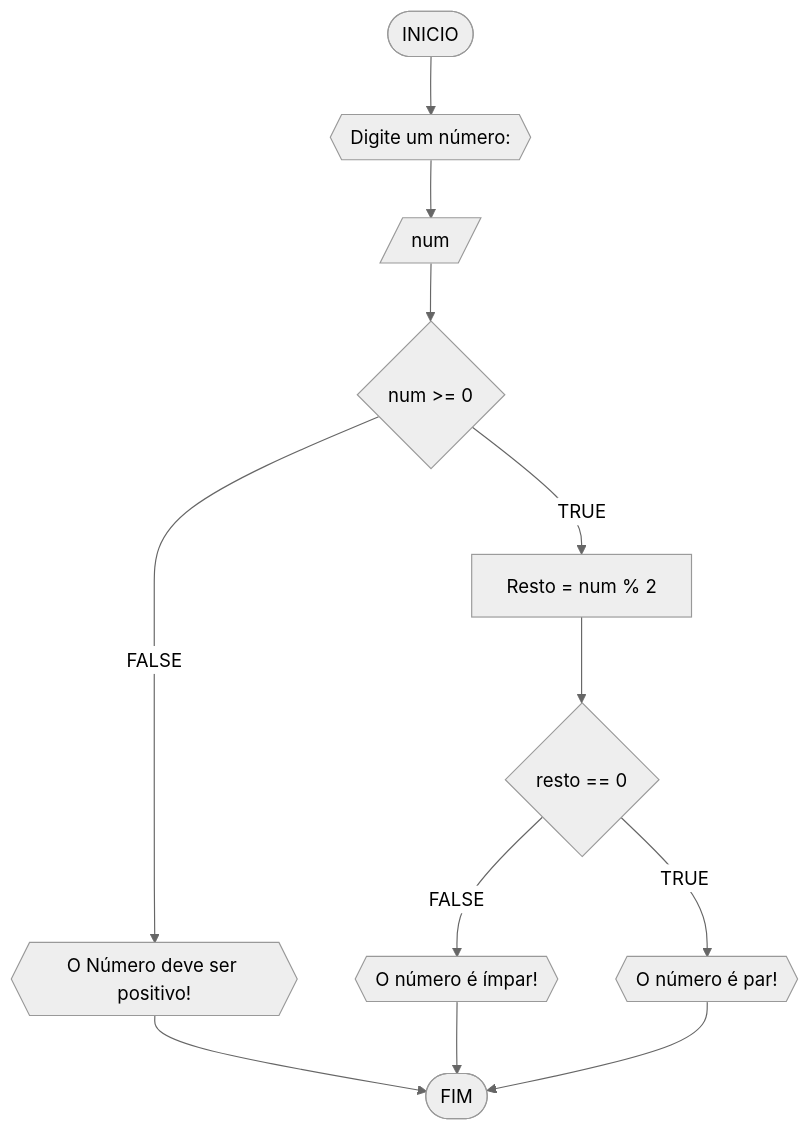
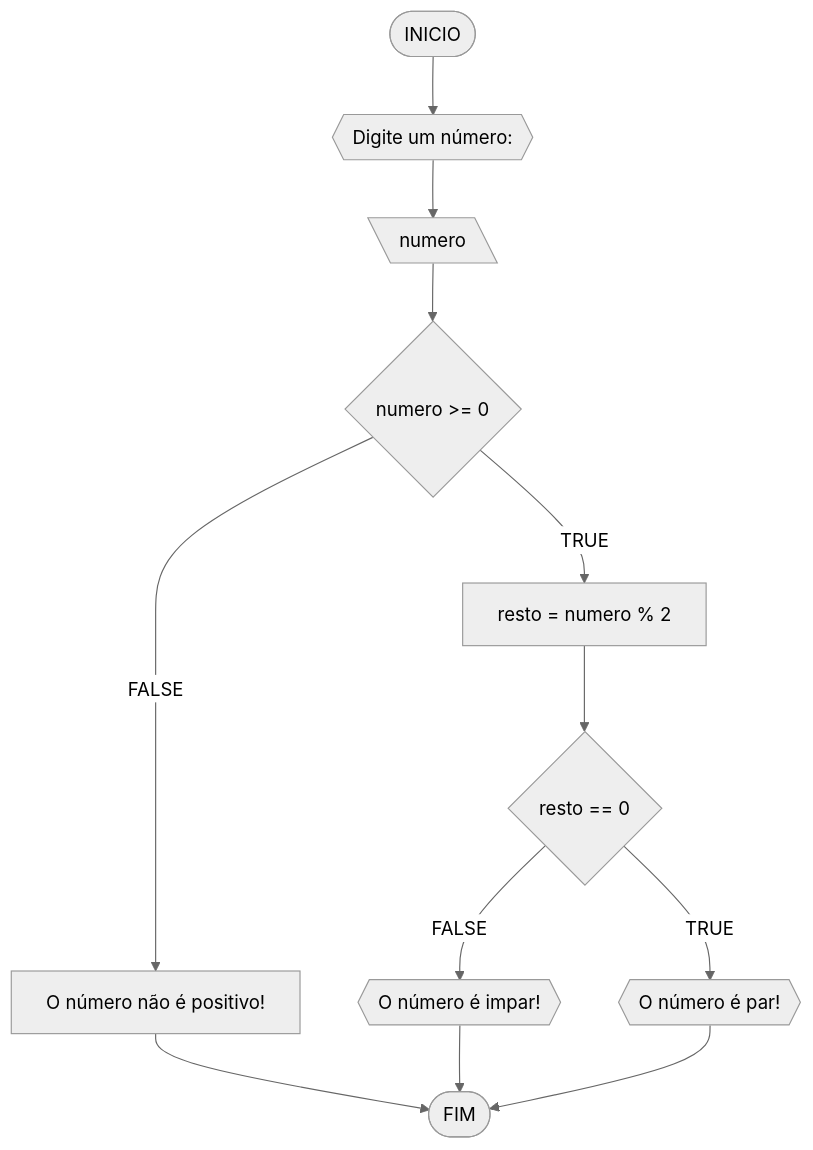
The first of 4 diagrams in RLA/unidade1/lista1.md (DiegoRaiS/unifor), drawn with Mermaid (neutral theme) before and after one commit. The commit also changed other lines of this file, not shown here.

````diff
--- a/RLA/unidade1/lista1.md
+++ b/RLA/unidade1/lista1.md
@@ -12,13 +12,14 @@
 ```mermaid
-flowchart TB
-A([INICIO]) --> B{{Digite um número: }}
-B --> C[/num/] 
-C --> D{num >= 0}
-D --FALSE--> E{{O Número deve ser positivo!}}
-E --> F([FIM])
-D --TRUE--> G[Resto = num % 2]
-G --> H{resto == 0}
-H --FALSE--> I{{O número é ímpar!}}
-H --TRUE--> J{{O número é par!}}
-I & J --> F
+flowchart TD
+A([INICIO]) --> B{{Digite um número:}}
+B --> C[\numero\]
+C --> D{numero >= 0}
+D --FALSE--> E[O número não é positivo!]
+D --TRUE--> F[resto = numero % 2]
+E --> Z([FIM])
+F --> G{resto == 0}
+G --FALSE--> H{{O número é impar!}}
+G --TRUE--> I{{O número é par!}}
+H --> Z
+I --> Z
 ```
````
